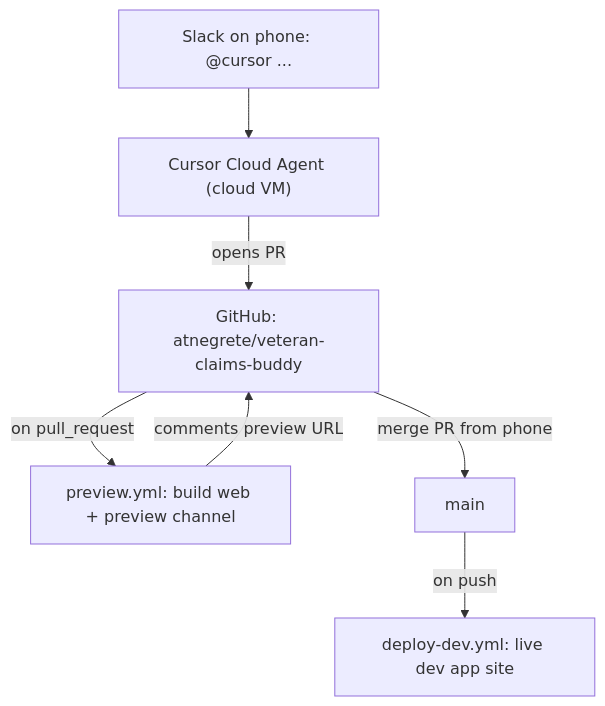
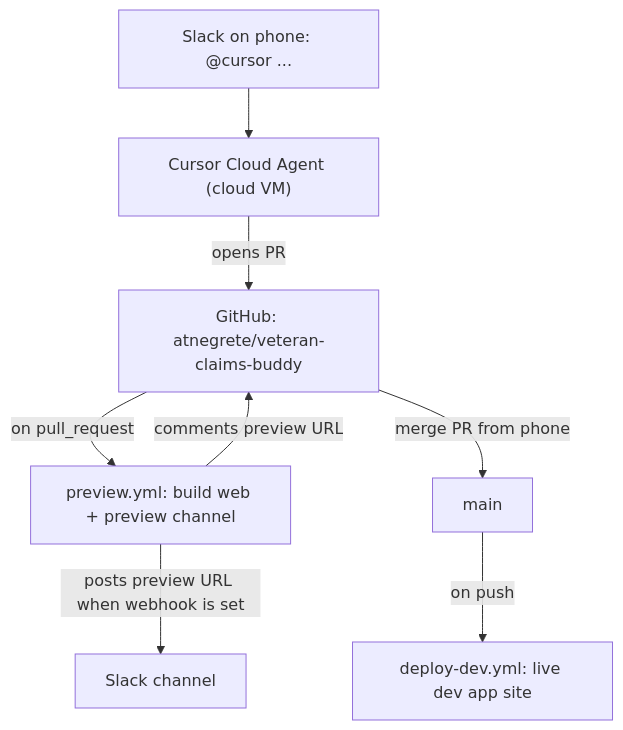
Before and after one commit to atnegrete/veteran-claims-buddy: the diagram in docs/preview-deploys.md, drawn with Mermaid. The commit also changed other lines of this file and 2 other files, not shown here.

First line of the commit message:
Post the preview URL to Slack from the workflow.

````diff
--- a/docs/preview-deploys.md
+++ b/docs/preview-deploys.md
@@ -14,9 +14,10 @@
 ```mermaid
 flowchart TD
     slack["Slack on phone: @cursor ..."] --> agent["Cursor Cloud Agent (cloud VM)"]
     agent -->|"opens PR"| gh["GitHub: atnegrete/veteran-claims-buddy"]
     gh -->|"on pull_request"| preview["preview.yml: build web + preview channel"]
     preview -->|"comments preview URL"| gh
+    preview -->|"posts preview URL when webhook is set"| slackChannel["Slack channel"]
     gh -->|"merge PR from phone"| main["main"]
     main -->|"on push"| deploy["deploy-dev.yml: live dev app site"]
 ```
````
